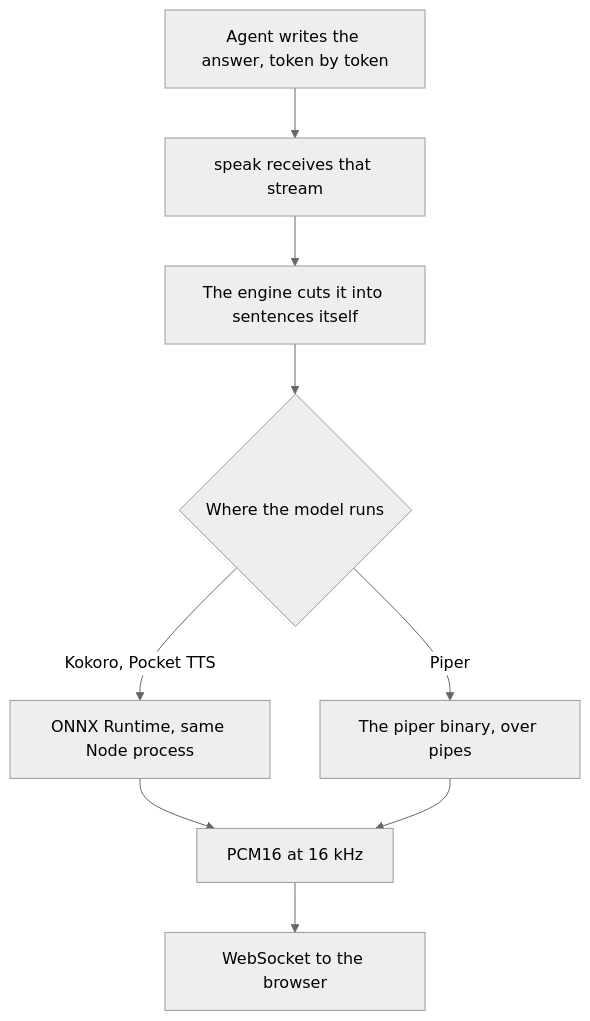
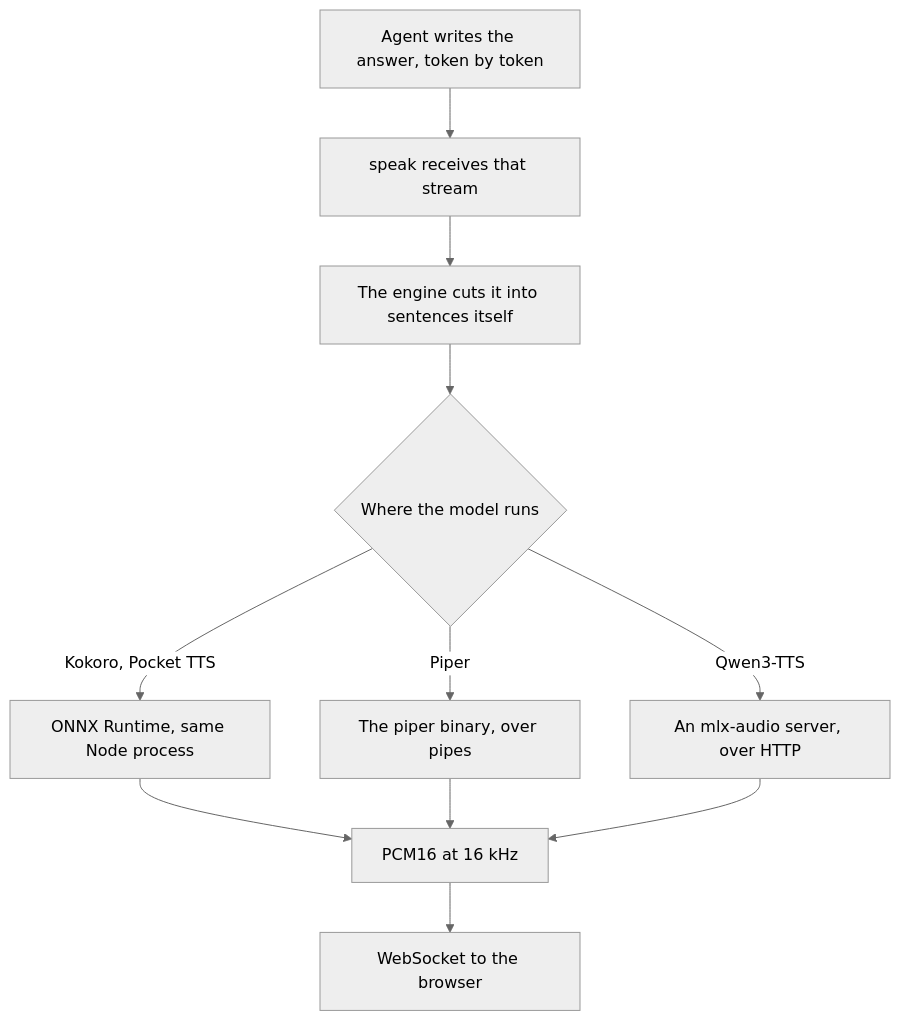
The diagram in website/src/content/blog/local-tts-node-kokoro-vs-piper/index.mdx (Godefroy/micdrop), drawn with Mermaid (neutral theme) before and after one commit. The commit also changed other lines of this file and 1 other file, not shown here.

First line of the commit message:
content(website): target Qwen3-TTS in Node on its doc page and add it to the local TTS article

````diff
--- a/website/src/content/blog/local-tts-node-kokoro-vs-piper/index.mdx
+++ b/website/src/content/blog/local-tts-node-kokoro-vs-piper/index.mdx
@@ -50,11 +57,13 @@
 ```mermaid
 graph TD
     A[Agent writes the answer, token by token] --> B[speak receives that stream]
     B --> C[The engine cuts it into sentences itself]
     C --> D{Where the model runs}
     D -->|Kokoro, Pocket TTS| E[ONNX Runtime, same Node process]
     D -->|Piper| F[The piper binary, over pipes]
+    D -->|Qwen3-TTS| Q[An mlx-audio server, over HTTP]
     E --> G[PCM16 at 16 kHz]
     F --> G
+    Q --> G
     G --> H[WebSocket to the browser]
 ```
````
